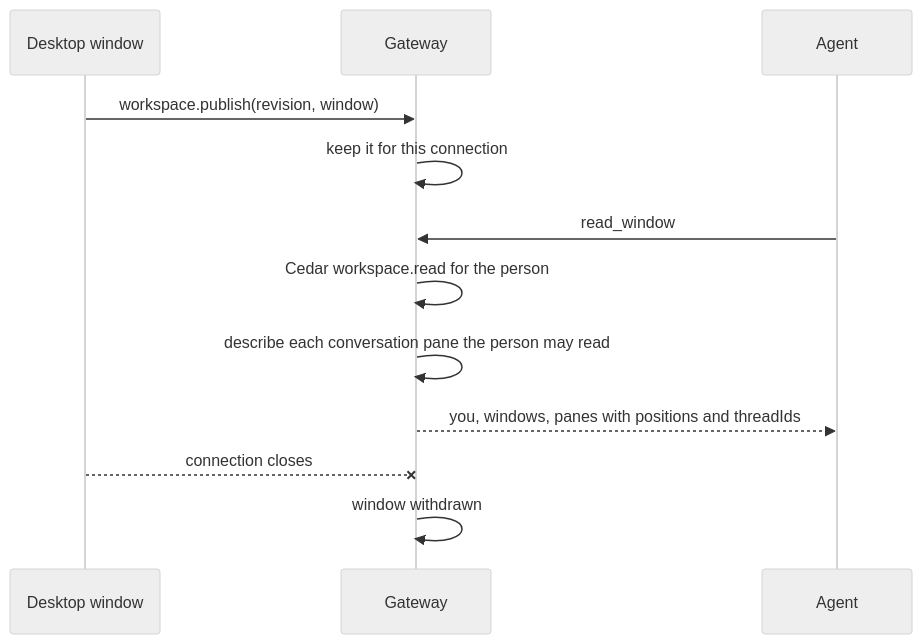
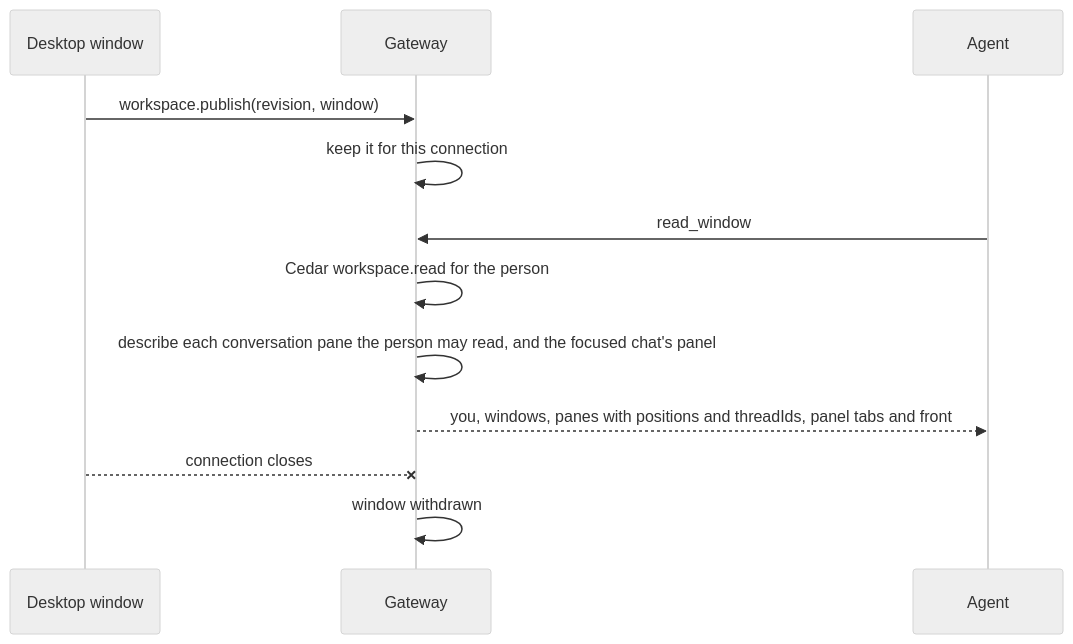
One commit to nessalabs/nessa-agent changed the diagram in docs/design/agent-window.md. Above: the diagram before and after it, drawn with Mermaid (neutral theme). The commit also changed other lines of this file and 37 other files, not shown here.

First line of the commit message:
read_window reports the focused chat's right panel (#1239)

````diff
--- a/docs/design/agent-window.md
+++ b/docs/design/agent-window.md
@@ -53,14 +63,14 @@
 ```mermaid
 sequenceDiagram
     participant W as Desktop window
     participant G as Gateway
     participant A as Agent
     W->>G: workspace.publish(revision, window)
     G->>G: keep it for this connection
     A->>G: read_window
     G->>G: Cedar workspace.read for the person
-    G->>G: describe each conversation pane the person may read
-    G-->>A: you, windows, panes with positions and threadIds
+    G->>G: describe each conversation pane the person may read, and the focused chat's panel
+    G-->>A: you, windows, panes with positions and threadIds, panel tabs and front
     W--xG: connection closes
     G->>G: window withdrawn
 ```
````
